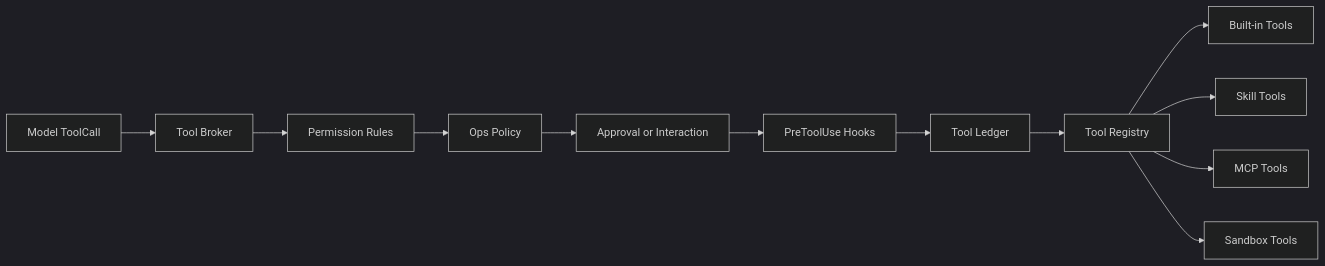
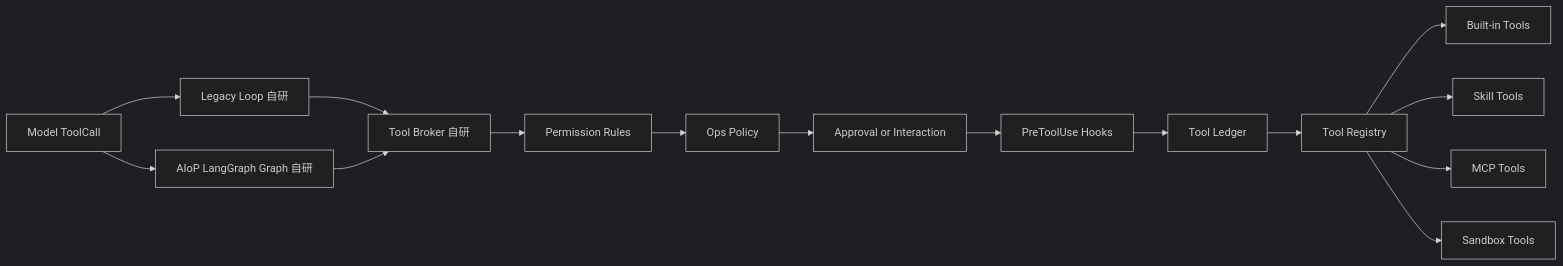
Before and after one commit to Wpxknight/agentdemo: the first of 3 diagrams in docs/design/04-tools-skills-mcp.md, drawn with Mermaid (dark theme). The commit also changed other lines of this file and 5 other files, not shown here.

```diff
--- a/docs/design/04-tools-skills-mcp.md
+++ b/docs/design/04-tools-skills-mcp.md
@@ -7,22 +20,27 @@
 ~~~mermaid
 flowchart LR
+  Legacy[Legacy Loop 自研]
+  LangGraph[AIoP LangGraph Graph 自研]
   Model[Model ToolCall]
-  Broker[Tool Broker]
+  Broker[Tool Broker 自研]
   Rules[Permission Rules]
   Policy[Ops Policy]
   Approval[Approval or Interaction]
   Hook[PreToolUse Hooks]
   Ledger[Tool Ledger]
   Registry[Tool Registry]
   Builtin[Built-in Tools]
   Skill[Skill Tools]
   MCP[MCP Tools]
   Sandbox[Sandbox Tools]
 
-  Model --> Broker
+  Model --> Legacy
+  Model --> LangGraph
+  Legacy --> Broker
+  LangGraph --> Broker
   Broker --> Rules --> Policy --> Approval --> Hook --> Ledger --> Registry
   Registry --> Builtin
   Registry --> Skill
   Registry --> MCP
   Registry --> Sandbox
 ~~~
```
